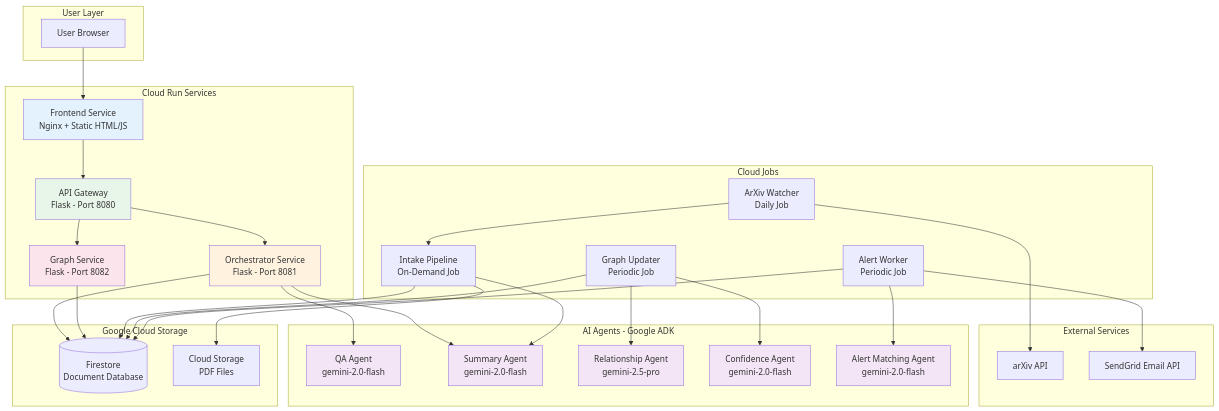
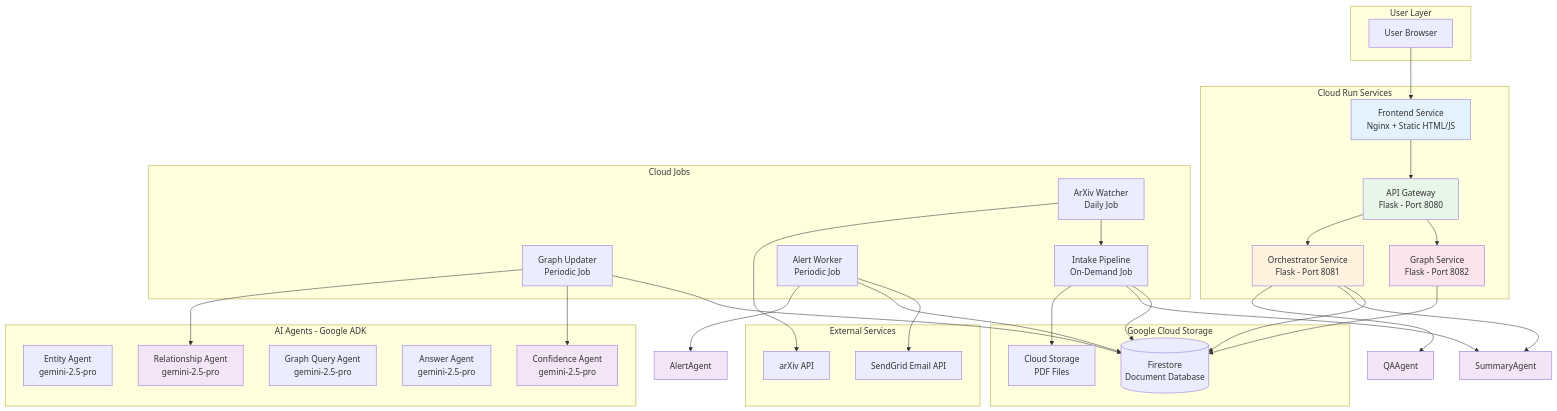
One commit to kar-ganap/research-intelligence-agents changed the first of 7 diagrams in ARCHITECTURE.md. Above: the diagram before and after it, drawn with Mermaid. The commit also changed other lines of this file and 7 other files, not shown here.

````diff
--- a/ARCHITECTURE.md
+++ b/ARCHITECTURE.md
@@ -9,74 +9,74 @@
 ```mermaid
 graph TB
     subgraph "User Layer"
         User[User Browser]
     end
 
     subgraph "Cloud Run Services"
         Frontend[Frontend Service<br/>Nginx + Static HTML/JS]
         APIGateway[API Gateway<br/>Flask - Port 8080]
         Orchestrator[Orchestrator Service<br/>Flask - Port 8081]
         GraphService[Graph Service<br/>Flask - Port 8082]
     end
 
     subgraph "Cloud Jobs"
         ArxivWatcher[ArXiv Watcher<br/>Daily Job]
         GraphUpdater[Graph Updater<br/>Periodic Job]
         IntakePipeline[Intake Pipeline<br/>On-Demand Job]
         AlertWorker[Alert Worker<br/>Periodic Job]
     end
 
     subgraph "Google Cloud Storage"
         Firestore[(Firestore<br/>Document Database)]
         CloudStorage[Cloud Storage<br/>PDF Files]
     end
 
     subgraph "AI Agents - Google ADK"
-        QAAgent[QA Agent<br/>gemini-2.0-flash]
-        SummaryAgent[Summary Agent<br/>gemini-2.0-flash]
+        EntityAgent[Entity Agent<br/>gemini-2.5-pro]
         RelAgent[Relationship Agent<br/>gemini-2.5-pro]
-        ConfAgent[Confidence Agent<br/>gemini-2.0-flash]
-        AlertAgent[Alert Matching Agent<br/>gemini-2.0-flash]
+        GraphQueryAgent[Graph Query Agent<br/>gemini-2.5-pro]
+        AnswerAgent[Answer Agent<br/>gemini-2.5-pro]
+        ConfAgent[Confidence Agent<br/>gemini-2.5-pro]
     end
 
     subgraph "External Services"
         ArxivAPI[arXiv API]
         SendGrid[SendGrid Email API]
     end
 
     User --> Frontend
     Frontend --> APIGateway
     APIGateway --> Orchestrator
     APIGateway --> GraphService
 
     Orchestrator --> QAAgent
     Orchestrator --> SummaryAgent
     Orchestrator --> Firestore
 
     GraphService --> Firestore
 
     ArxivWatcher --> ArxivAPI
     ArxivWatcher --> IntakePipeline
 
     IntakePipeline --> CloudStorage
     IntakePipeline --> SummaryAgent
     IntakePipeline --> Firestore
 
     GraphUpdater --> RelAgent
     GraphUpdater --> ConfAgent
     GraphUpdater --> Firestore
 
     AlertWorker --> AlertAgent
     AlertWorker --> Firestore
     AlertWorker --> SendGrid
 
     style Frontend fill:#e3f2fd
     style APIGateway fill:#e8f5e9
     style Orchestrator fill:#fff3e0
     style GraphService fill:#fce4ec
     style QAAgent fill:#f3e5f5
     style SummaryAgent fill:#f3e5f5
     style RelAgent fill:#f3e5f5
     style ConfAgent fill:#f3e5f5
     style AlertAgent fill:#f3e5f5
 ```
````
